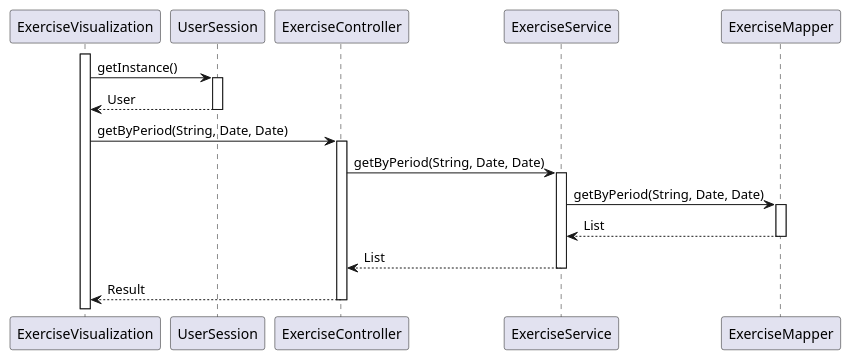
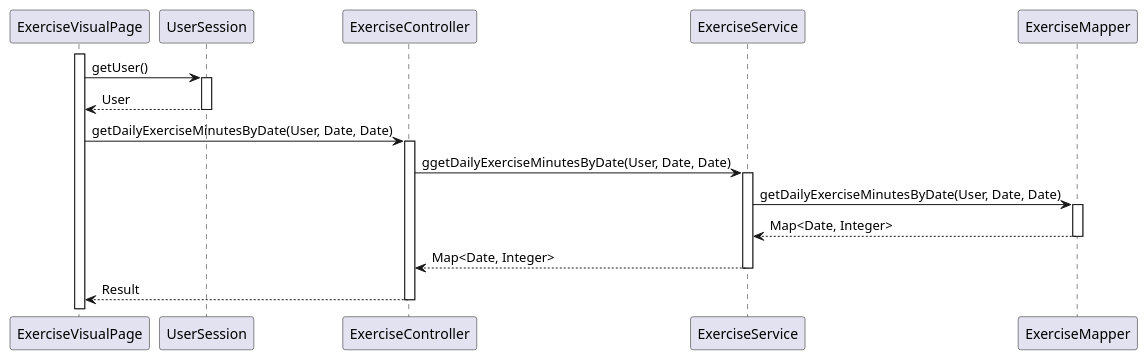
The diagram in doc/seq/visualizeExercise.puml (leidZhang/Nutrifit), drawn with PlantUML before and after one commit. The commit also changed 35 other files, not shown here.

Commit message:
sequence diagrams

```diff
--- a/doc/seq/visualizeExercise.puml
+++ b/doc/seq/visualizeExercise.puml
@@ -1,25 +1,25 @@
 @startuml
-activate ExerciseVisualization
-ExerciseVisualization -> UserSession: getInstance()
+activate ExerciseVisualPage
+ExerciseVisualPage -> UserSession: getUser()
 activate UserSession
-UserSession --> ExerciseVisualization: User
+UserSession --> ExerciseVisualPage: User
 deactivate UserSession
 
-ExerciseVisualization -> ExerciseController: getByPeriod(String, Date, Date)
+ExerciseVisualPage -> ExerciseController: getDailyExerciseMinutesByDate(User, Date, Date)
 activate ExerciseController
 
-ExerciseController -> ExerciseService: getByPeriod(String, Date, Date)
+ExerciseController -> ExerciseService: ggetDailyExerciseMinutesByDate(User, Date, Date)
 activate ExerciseService
 
-ExerciseService -> ExerciseMapper: getByPeriod(String, Date, Date)
+ExerciseService -> ExerciseMapper: getDailyExerciseMinutesByDate(User, Date, Date)
 activate ExerciseMapper
 
-ExerciseMapper --> ExerciseService: List
+ExerciseMapper --> ExerciseService: Map<Date, Integer>
 deactivate ExerciseMapper
 
-ExerciseService --> ExerciseController: List
+ExerciseService --> ExerciseController: Map<Date, Integer>
 deactivate ExerciseService
 
-ExerciseController --> ExerciseVisualization: Result
+ExerciseController --> ExerciseVisualPage: Result
 deactivate ExerciseController
 @enduml
```
